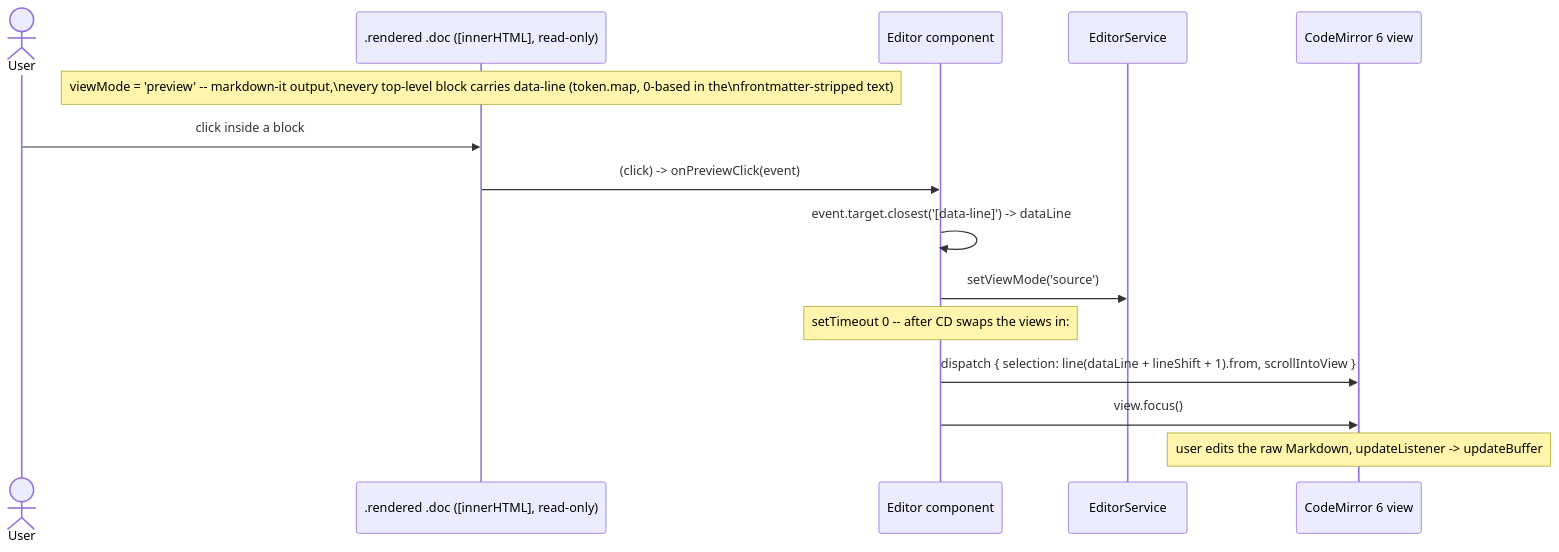
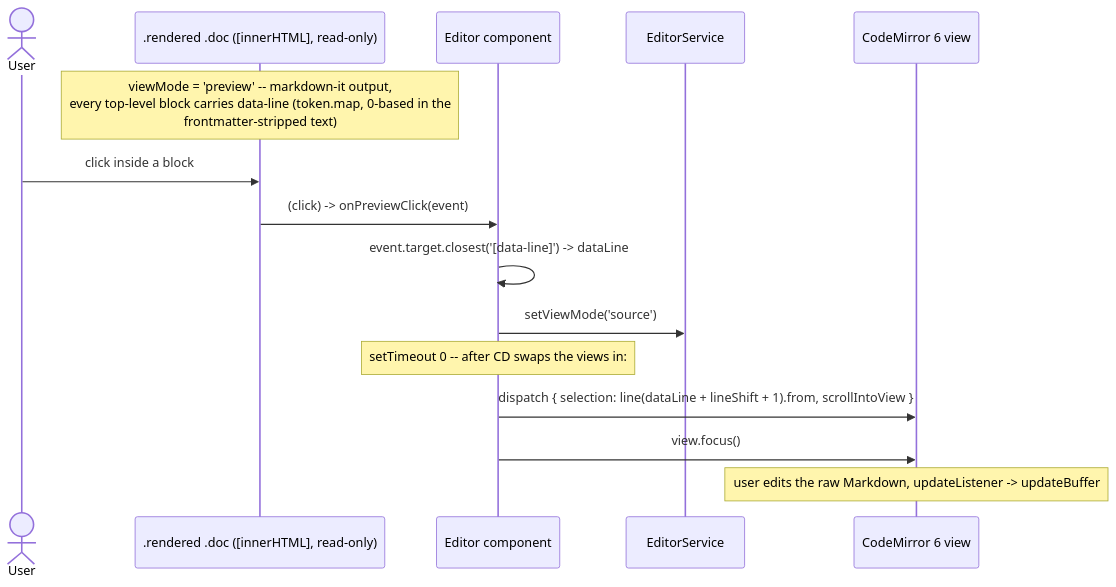
One commit to HenrikPuls/Drey changed the fourth of 54 diagrams in docs/06_runtime_view.md. Above: the diagram before and after it, drawn with Mermaid. The commit also changed other lines of this file and 2 other files, not shown here.

````diff
--- a/docs/06_runtime_view.md
+++ b/docs/06_runtime_view.md
@@ -213,18 +213,18 @@
 ```mermaid
 sequenceDiagram
     actor User
     participant Preview as .rendered .doc ([innerHTML], read-only)
     participant Editor as Editor component
     participant EditorService
     participant CM as CodeMirror 6 view
 
-    Note over Preview: viewMode = 'preview' -- markdown-it output,\nevery top-level block carries data-line (token.map, 0-based in the\nfrontmatter-stripped text)
+    Note over Preview: viewMode = 'preview' -- markdown-it output,<br/>every top-level block carries data-line (token.map, 0-based in the<br/>frontmatter-stripped text)
     User->>Preview: click inside a block
     Preview->>Editor: (click) -> onPreviewClick(event)
     Editor->>Editor: event.target.closest('[data-line]') -> dataLine
     Editor->>EditorService: setViewMode('source')
     Note over Editor: setTimeout 0 -- after CD swaps the views in:
     Editor->>CM: dispatch { selection: line(dataLine + lineShift + 1).from, scrollIntoView }
     Editor->>CM: view.focus()
     Note over CM: user edits the raw Markdown, updateListener -> updateBuffer
 ```
````
